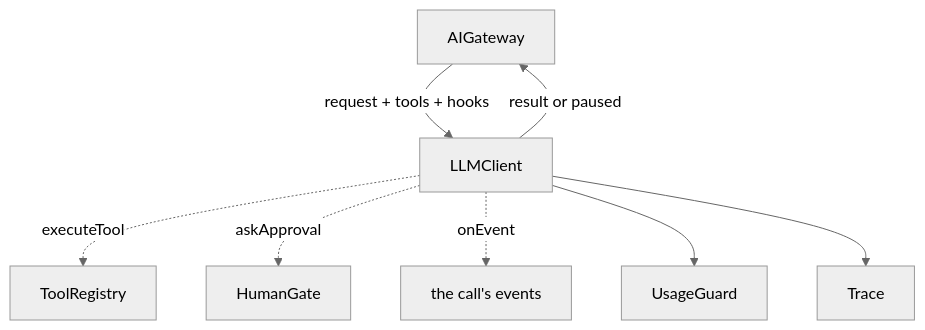
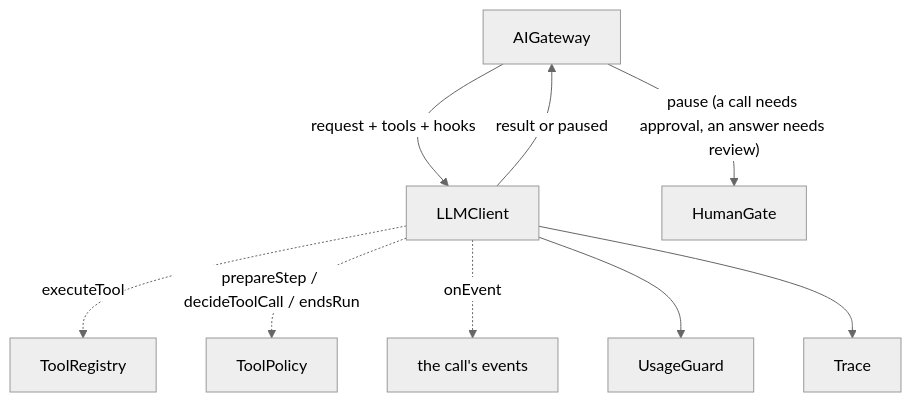
The second of 3 diagrams in docs/30-architecture/Architecture and trade-offs.md (aneldev/dyna-ai-gateway), drawn with Mermaid before and after one commit. The commit also changed other lines of this file and 11 other files, not shown here.

````diff
--- a/docs/30-architecture/Architecture and trade-offs.md
+++ b/docs/30-architecture/Architecture and trade-offs.md
@@ -135,11 +135,12 @@
 ```mermaid
 %%{init: {'theme':'neutral'}}%%
 flowchart TB
   GW[AIGateway] -->|"request + tools + hooks"| DR[LLMClient]
   DR -->|"result or paused"| GW
   DR -. executeTool .-> TR[ToolRegistry]
-  DR -. askApproval .-> HG[HumanGate]
+  DR -. "prepareStep / decideToolCall / endsRun" .-> TP[ToolPolicy]
   DR -. onEvent .-> EV["the call's events"]
   DR --> UG[UsageGuard]
   DR --> TRC[Trace]
+  GW -->|"pause (a call needs approval, an answer needs review)"| HG[HumanGate]
 ```
````
